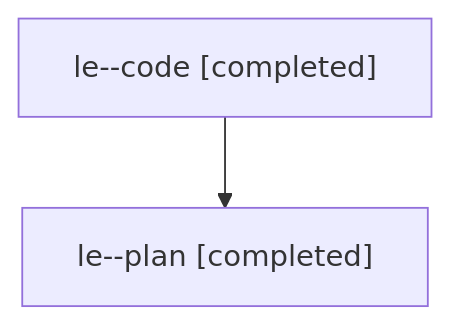
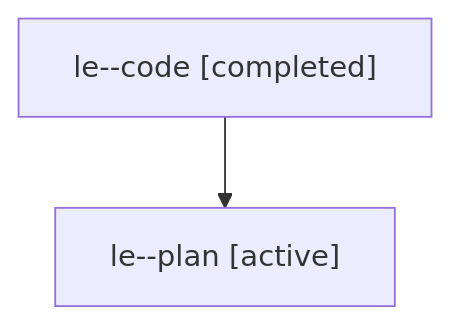
The diagram in families/bbugyi200.athena.le.md (sase-org/sase--agents), drawn with Mermaid before and after one commit. The commit also changed other lines of this file and 8679 other files, not shown here.

````diff
--- a/families/bbugyi200.athena.le.md
+++ b/families/bbugyi200.athena.le.md
@@ -9,6 +9,6 @@
 ```mermaid
 flowchart TD
   n0["le--code [completed]"]
-  n1["le--plan [completed]"]
+  n1["le--plan [active]"]
   n0 --> n1
 ```
````
